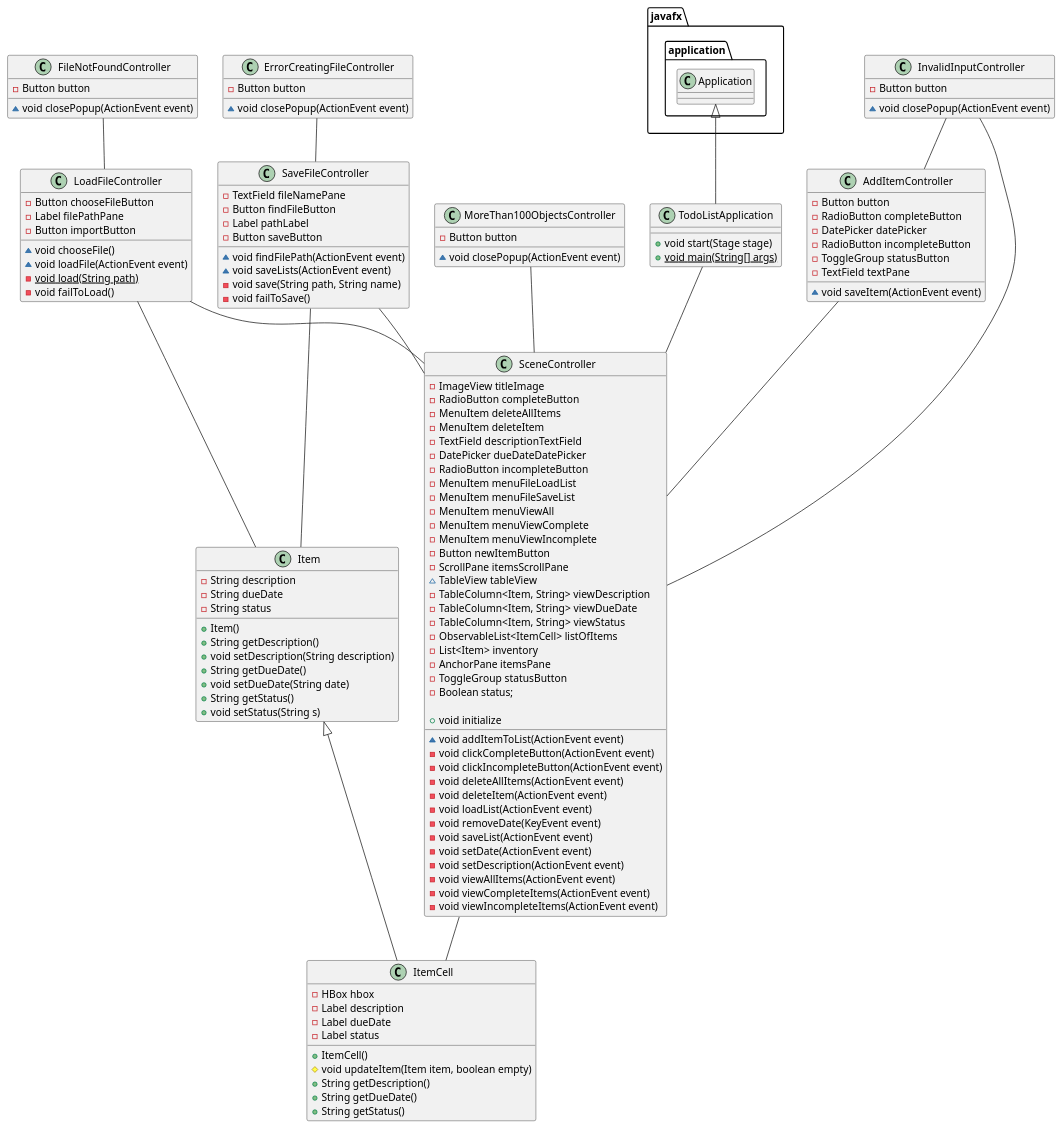
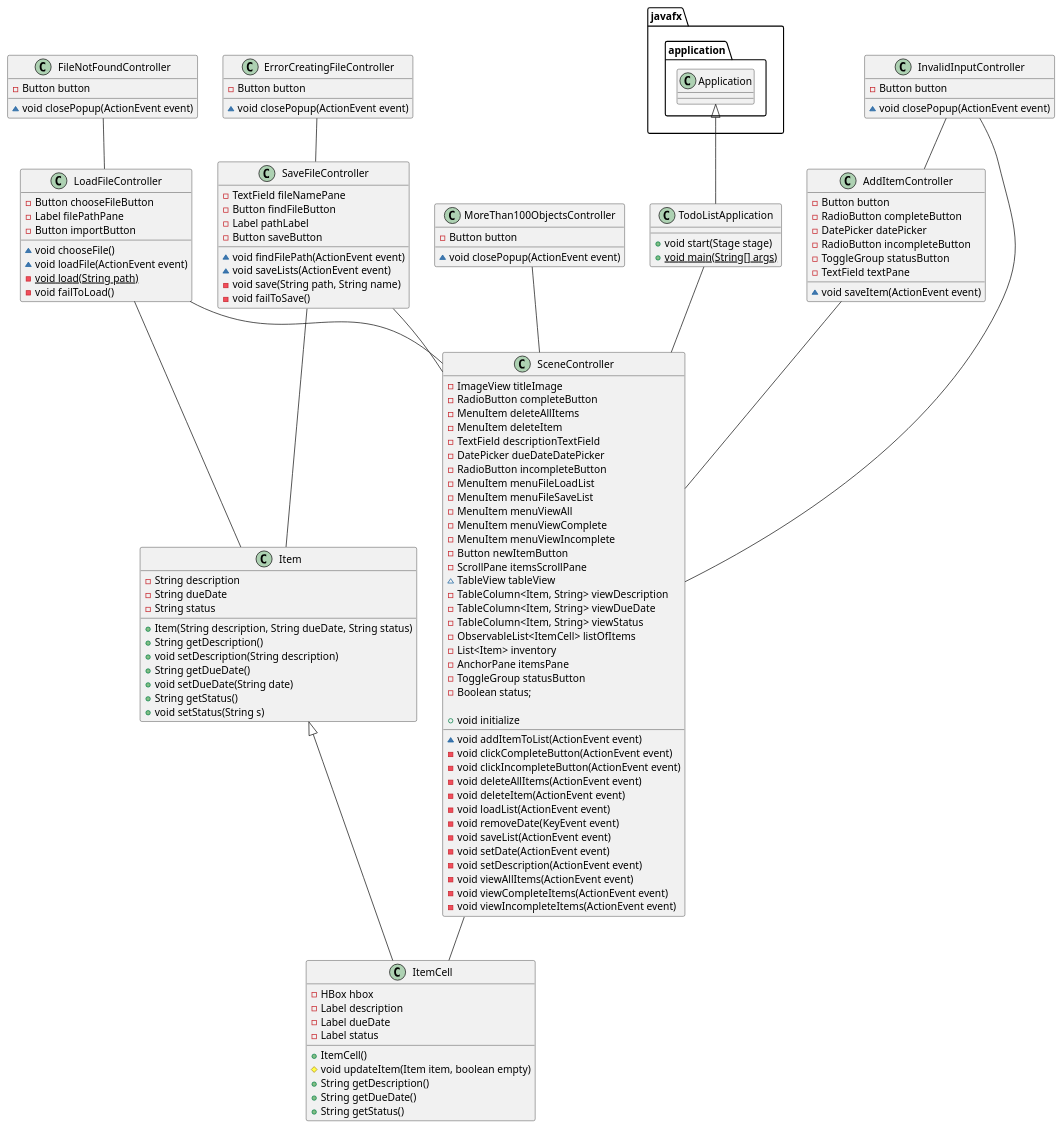
Before and after one commit to jkglaspey/Too-Due_List: the diagram in docs/ApplicationUMLDiagram.puml, drawn with PlantUML. The commit also changed 14 other files, not shown here.

```diff
--- a/docs/ApplicationUMLDiagram.puml
+++ b/docs/ApplicationUMLDiagram.puml
@@ -1,161 +1,161 @@
 @startuml
 
 'Initiates the GUI
 class TodoListApplication {
 
 'Class only has local variables
 
 '@Override
 +void start(Stage stage)
 + {static} void main(String[] args)
 }
 
 'Stores event data
 class Item {
 -String description
 -String dueDate
 -String status
 
 'Data is only added through mutator methods
-+Item()
++Item(String description, String dueDate, String status)
 +String getDescription()
 +void setDescription(String description)
 +String getDueDate()
 +void setDueDate(String date)
 +String getStatus()
 +void setStatus(String s)
 }
 
 'Formats Items to be viewed from GUI
 class ItemCell {
 -HBox hbox
 -Label description
 -Label dueDate
 -Label status
 
 +ItemCell()
 '@Override
 #void updateItem(Item item, boolean empty)
 +String getDescription()
 +String getDueDate()
 +String getStatus()
 }
 
 'Alerts user that input must be 1 <= x <= 100 characters
 class InvalidInputController {
 -Button button
 ~void closePopup(ActionEvent event)
 }
 
 'Alerts user that file could not be created
 class ErrorCreatingFileController {
 -Button button
 ~void closePopup(ActionEvent event)
 }
 
 'Alerts user that the file path does not exist
 class FileNotFoundController {
 -Button button
 ~void closePopup(ActionEvent event)
 }
 
 'Allows user to load in previously-saved lists
 class LoadFileController {
 -Button chooseFileButton
 -Label filePathPane
 -Button importButton
 
 ~void chooseFile()
 ~void loadFile(ActionEvent event)
 -{static} void load(String path)
 -void failToLoad()
 }
 
 'Alerts user that there cannot be > 256 of an object
 class MoreThan100ObjectsController {
 -Button button
 
 ~void closePopup(ActionEvent event)
 }
 
 'Allows user to save lists to file
 class SaveFileController {
 -TextField fileNamePane
 -Button findFileButton
 -Label pathLabel
 -Button saveButton
 
 ~void findFilePath(ActionEvent event)
 ~void saveLists(ActionEvent event)
 -void save(String path, String name)
 -void failToSave()
 }
 
 class AddItemController {
 -Button button
 -RadioButton completeButton
 -DatePicker datePicker
 -RadioButton incompleteButton
 -ToggleGroup statusButton
 -TextField textPane
 ~void saveItem(ActionEvent event)
 }
 
 'Controls the main GUI
 class SceneController {
 -ImageView titleImage
 -RadioButton completeButton
 -MenuItem deleteAllItems
 -MenuItem deleteItem
 -TextField descriptionTextField
 -DatePicker dueDateDatePicker
 -RadioButton incompleteButton
 -MenuItem menuFileLoadList
 -MenuItem menuFileSaveList
 -MenuItem menuViewAll
 -MenuItem menuViewComplete
 -MenuItem menuViewIncomplete
 -Button newItemButton
 -ScrollPane itemsScrollPane
 ~TableView tableView
 -TableColumn<Item, String> viewDescription
 -TableColumn<Item, String> viewDueDate
 -TableColumn<Item, String> viewStatus
 -ObservableList<ItemCell> listOfItems
 -List<Item> inventory
 -AnchorPane itemsPane
 -ToggleGroup statusButton
 -Boolean status;
 
 +void initialize
 ~void addItemToList(ActionEvent event)
 -void clickCompleteButton(ActionEvent event)
 -void clickIncompleteButton(ActionEvent event)
 -void deleteAllItems(ActionEvent event)
 -void deleteItem(ActionEvent event)
 -void loadList(ActionEvent event)
 -void removeDate(KeyEvent event)
 -void saveList(ActionEvent event)
 -void setDate(ActionEvent event)
 -void setDescription(ActionEvent event)
 -void viewAllItems(ActionEvent event)
 -void viewCompleteItems(ActionEvent event)
 -void viewIncompleteItems(ActionEvent event)
 }
 
 javafx.application.Application <|-- TodoListApplication
 Item <|-- ItemCell
 InvalidInputController -- SceneController
 LoadFileController -- SceneController
 LoadFileController -- Item
 MoreThan100ObjectsController -- SceneController
 SaveFileController -- SceneController
 SaveFileController -- Item
 SceneController -- ItemCell
 TodoListApplication -- SceneController
 FileNotFoundController -- LoadFileController
 ErrorCreatingFileController -- SaveFileController
 AddItemController -- SceneController
 InvalidInputController -- AddItemController
 
 @enduml
```
